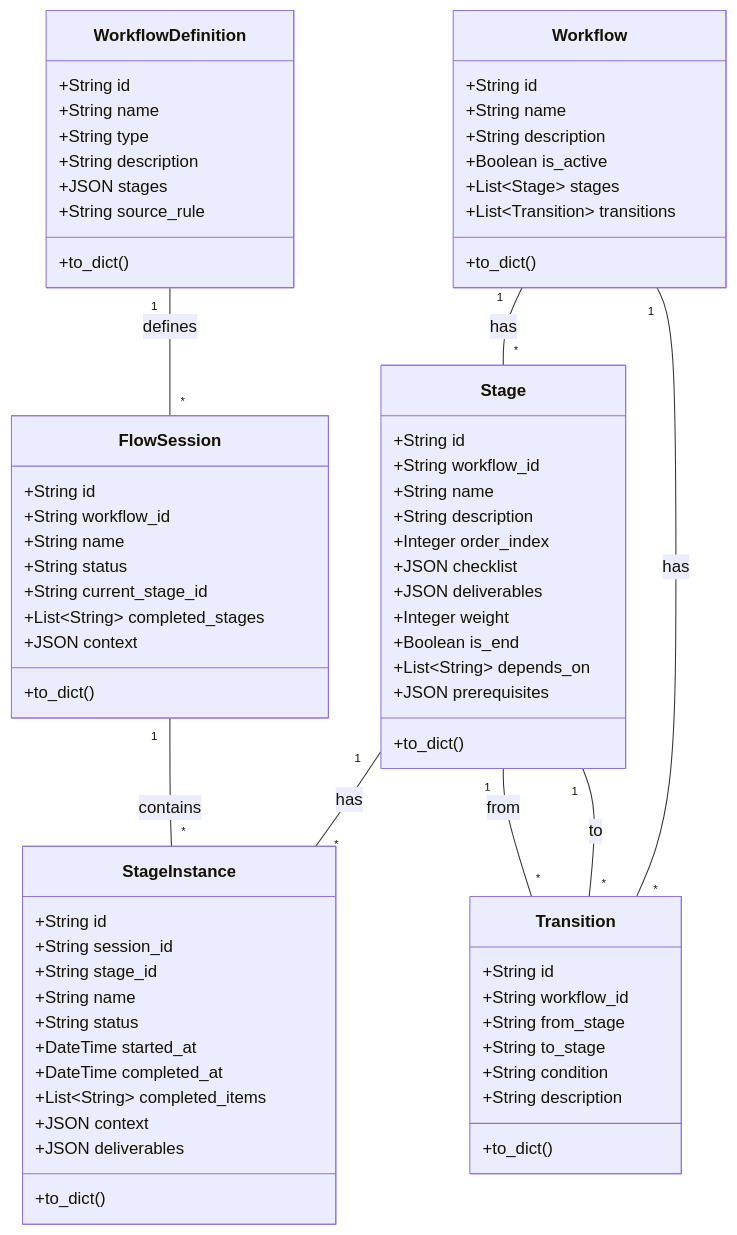
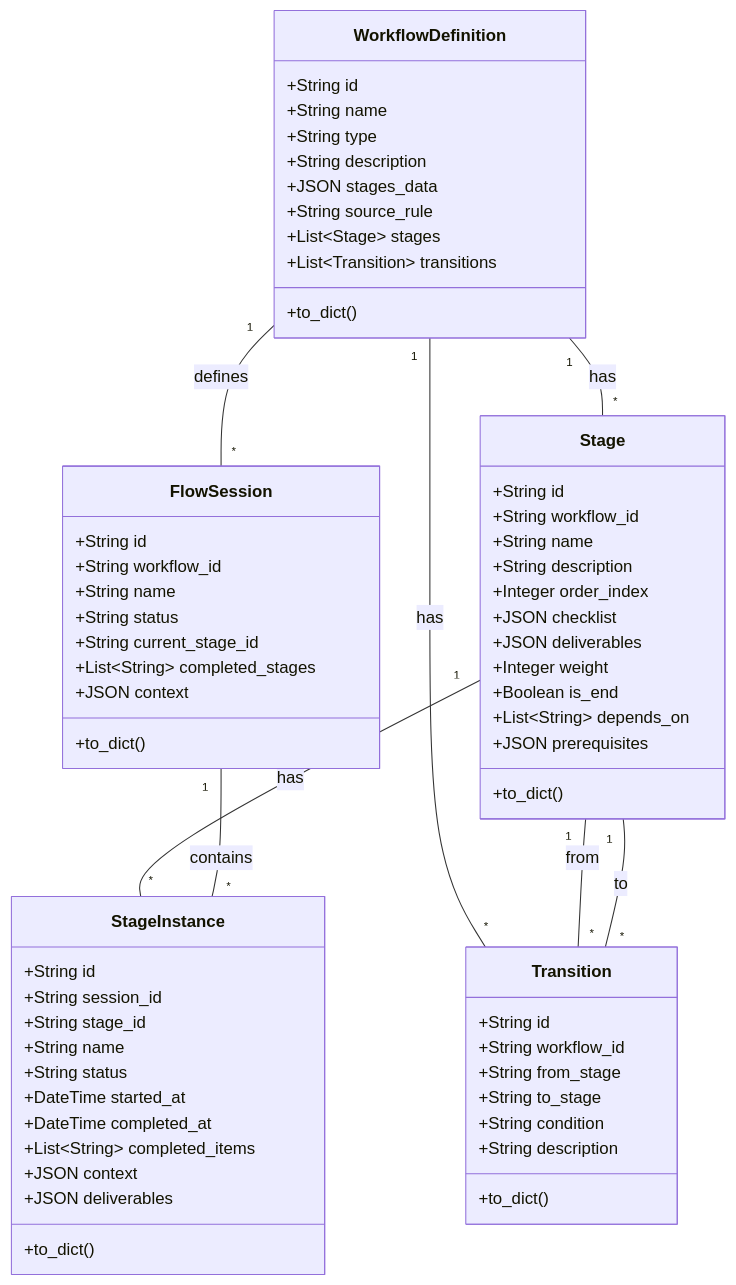
Before and after one commit to jacobcy/VibeCopilot: the diagram in src/workflow/docs/data-structure.md, drawn with Mermaid. The commit also changed other lines of this file and 81 other files, not shown here.

````diff
--- a/src/workflow/docs/data-structure.md
+++ b/src/workflow/docs/data-structure.md
@@ -18,10 +17,12 @@
 ```mermaid
 classDiagram
-    class Workflow {
+    class WorkflowDefinition {
         +String id
         +String name
+        +String type
         +String description
-        +Boolean is_active
+        +JSON stages_data
+        +String source_rule
         +List~Stage~ stages
         +List~Transition~ transitions
         +to_dict()
@@ -52,16 +53,6 @@
         +to_dict()
     }
 
-    class WorkflowDefinition {
-        +String id
-        +String name
-        +String type
-        +String description
-        +JSON stages
-        +String source_rule
-        +to_dict()
-    }
-
     class FlowSession {
         +String id
         +String workflow_id
@@ -87,8 +78,8 @@
         +to_dict()
     }
 
-    Workflow "1" -- "*" Stage : has
-    Workflow "1" -- "*" Transition : has
+    WorkflowDefinition "1" -- "*" Stage : has
+    WorkflowDefinition "1" -- "*" Transition : has
 
     Stage "1" -- "*" StageInstance : has
     Stage "1" -- "*" Transition : from
````
